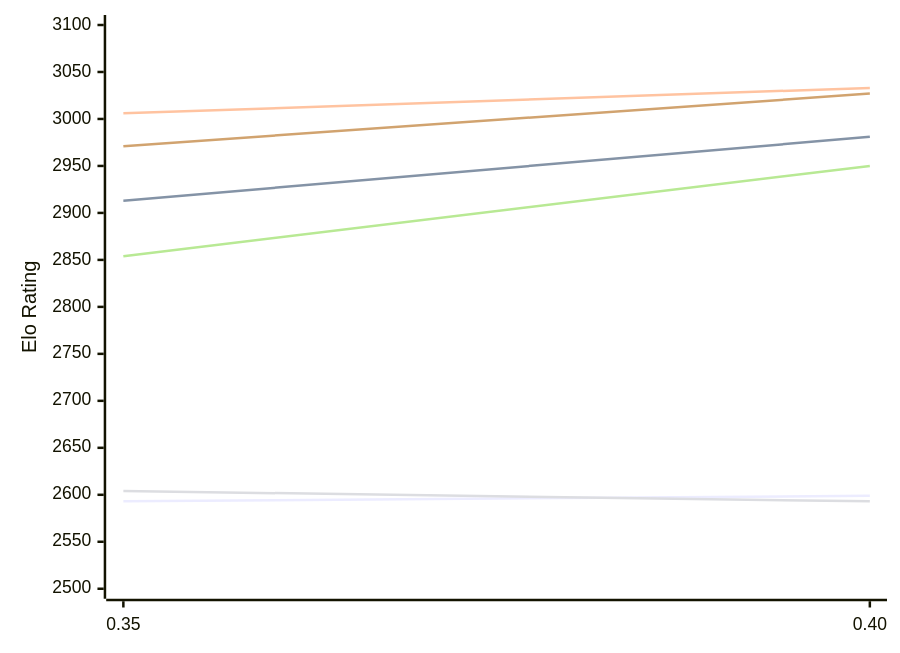
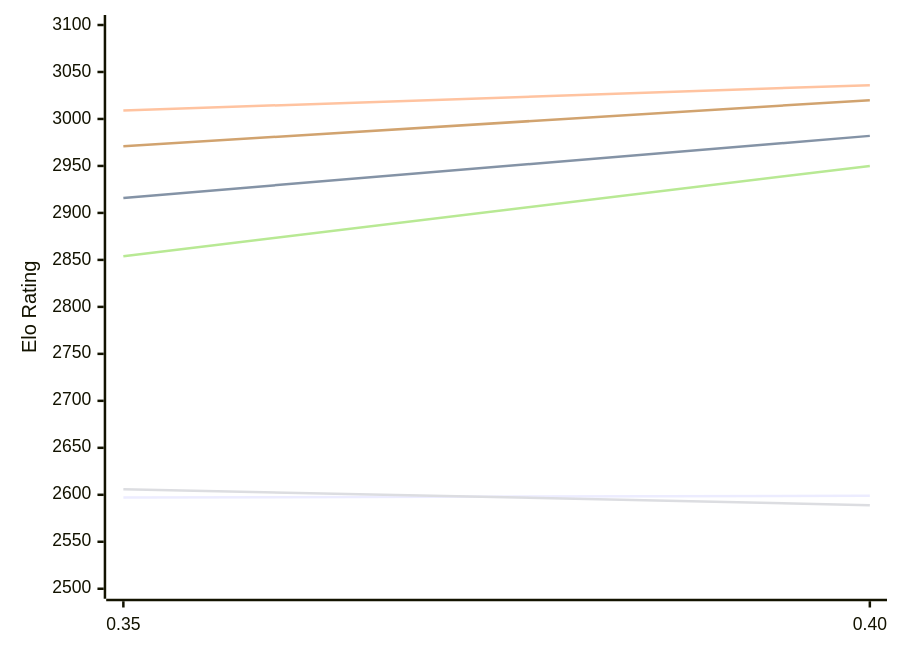
One commit to computer-chess-index/cci changed the first of 2 diagrams in engines/Gecko.md. Above: the diagram before and after it, drawn with Mermaid. The commit also changed other lines of this file, not shown here.

Commit message:
Update CCI Ratings (ELO VLTC) - 2026-11-22

````diff
--- a/engines/Gecko.md
+++ b/engines/Gecko.md
@@ -54,12 +54,12 @@
 ```mermaid
 %%{init: {"theme":"base","themeVariables":{"seriesColors:['#a3a3a3','#222221','#faa371']}}}%%
 xychart-beta
   x-axis ["0.35", "0.40"]
   y-axis "Elo Rating" 2500 --> 3100
-  line "E1: STC (8.0+0.08s)" [2593, 2599]
-  line "E1: LTC (60.0+0.60s)" [2913, 2981]
-  line "E1: VLTC (2m24s+1.12s)" [3006, 3033]
-  line "P1: STC (8.0+0.08s)" [2604, 2593]
+  line "E1: STC (8.0+0.08s)" [2597, 2599]
+  line "E1: LTC (60.0+0.60s)" [2916, 2982]
+  line "E1: VLTC (2m24s+1.12s)" [3009, 3036]
+  line "P1: STC (8.0+0.08s)" [2606, 2589]
   line "P1: LTC (60.0+0.60s)" [2854, 2950]
-  line "P1: VLTC (2m24s+1.12s)" [2971, 3027]
+  line "P1: VLTC (2m24s+1.12s)" [2971, 3020]
 ```
````
